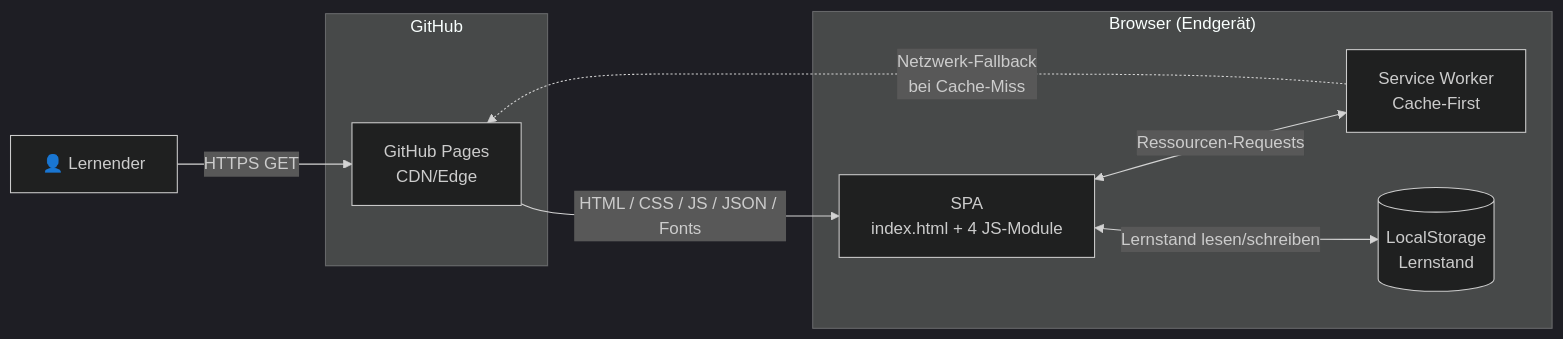
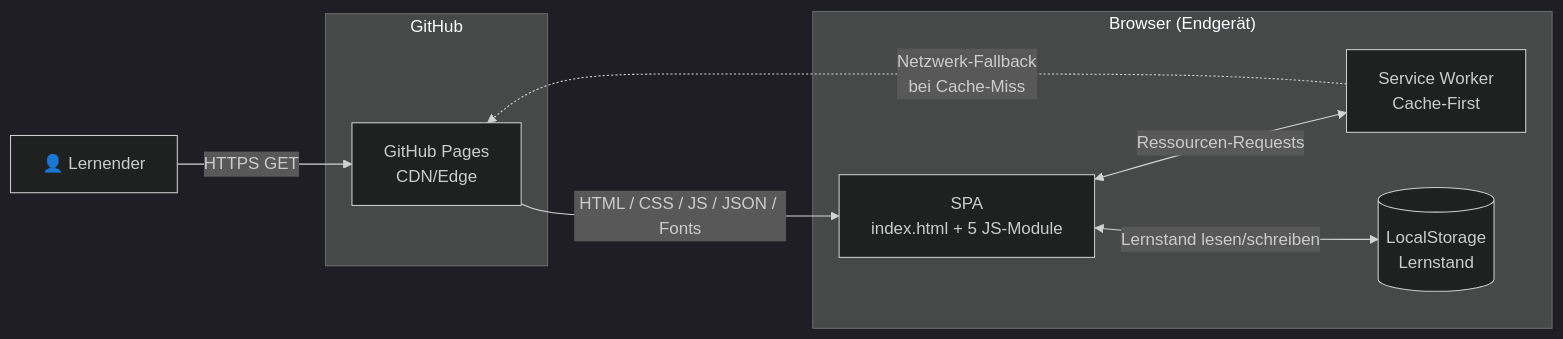
The second of 9 diagrams in docs/arc42.md (OliEder/dbb-regelkunde), drawn with Mermaid (dark theme) before and after one commit. The commit also changed other lines of this file and 3 other files, not shown here.

````diff
--- a/docs/arc42.md
+++ b/docs/arc42.md
@@ -80,20 +82,20 @@
 ```mermaid
 graph LR
     User["👤 Lernender"]
 
     subgraph GitHub
         Pages["GitHub Pages\nCDN/Edge"]
     end
 
     subgraph Browser["Browser (Endgerät)"]
-        SPA["SPA\nindex.html + 4 JS-Module"]
+        SPA["SPA\nindex.html + 5 JS-Module"]
         SW["Service Worker\nCache-First"]
         LS[("LocalStorage\nLernstand")]
     end
 
     User -->|HTTPS GET| Pages
     Pages -->|HTML / CSS / JS / JSON / Fonts| SPA
     SPA <-->|Ressourcen-Requests| SW
     SPA <-->|Lernstand lesen/schreiben| LS
     SW -.->|Netzwerk-Fallback\nbei Cache-Miss| Pages
 ```
````
